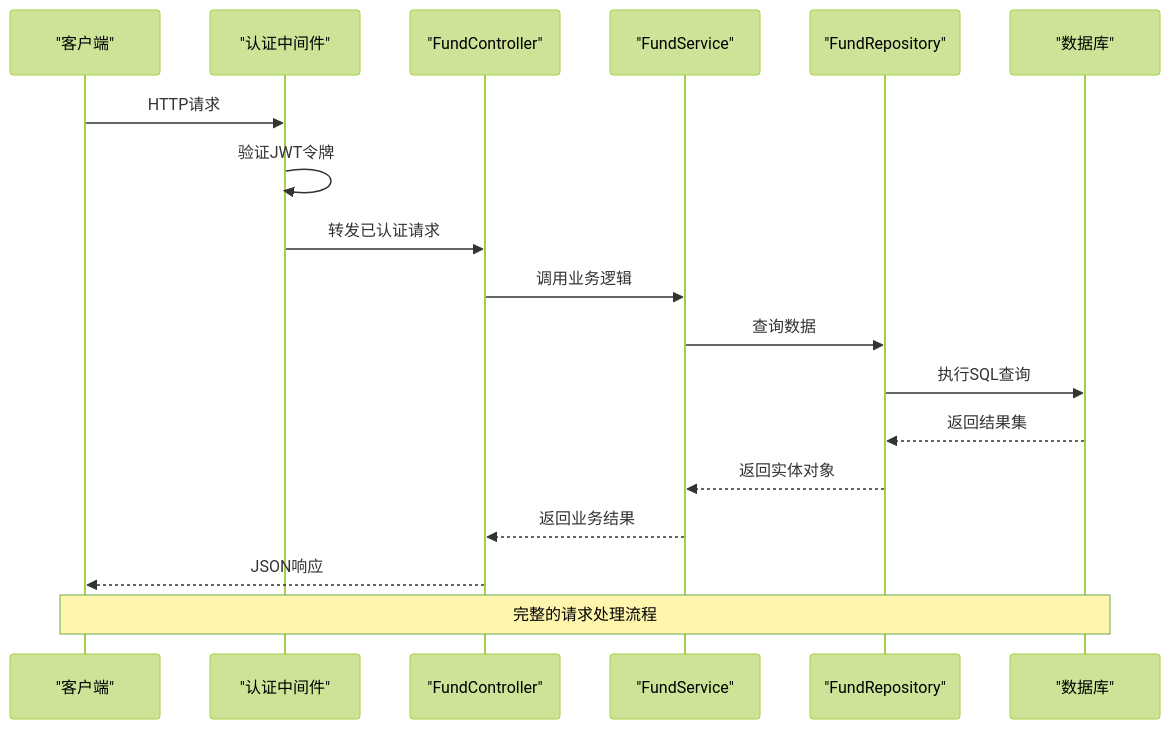
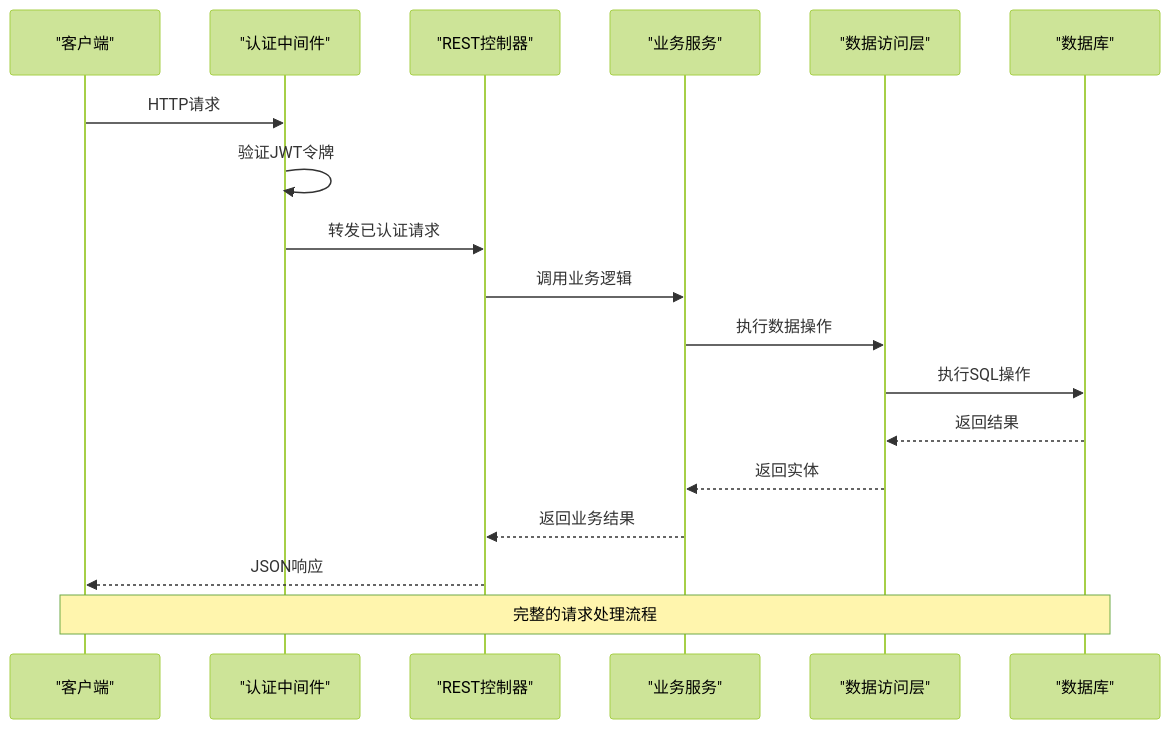
Before and after one commit to gree-coder/fund-butler: the fifth of 11 diagrams in .qoder/repowiki/zh/content/核心功能开发/核心功能开发.md, drawn with Mermaid (forest theme). The commit also changed other lines of this file and 10 other files, not shown here.

````diff
--- a/.qoder/repowiki/zh/content/核心功能开发/核心功能开发.md
+++ b/.qoder/repowiki/zh/content/核心功能开发/核心功能开发.md
@@ -263,20 +282,20 @@
 ```mermaid
 sequenceDiagram
 participant Client as "客户端"
 participant Auth as "认证中间件"
-participant Controller as "FundController"
-participant Service as "FundService"
-participant Repo as "FundRepository"
+participant Controller as "REST控制器"
+participant Service as "业务服务"
+participant Mapper as "数据访问层"
 participant DB as "数据库"
 Client->>Auth : HTTP请求
 Auth->>Auth : 验证JWT令牌
 Auth->>Controller : 转发已认证请求
 Controller->>Service : 调用业务逻辑
-Service->>Repo : 查询数据
-Repo->>DB : 执行SQL查询
-DB-->>Repo : 返回结果集
-Repo-->>Service : 返回实体对象
+Service->>Mapper : 执行数据操作
+Mapper->>DB : 执行SQL操作
+DB-->>Mapper : 返回结果
+Mapper-->>Service : 返回实体
 Service-->>Controller : 返回业务结果
 Controller-->>Client : JSON响应
 Note over Client,DB : 完整的请求处理流程
 ```
````
